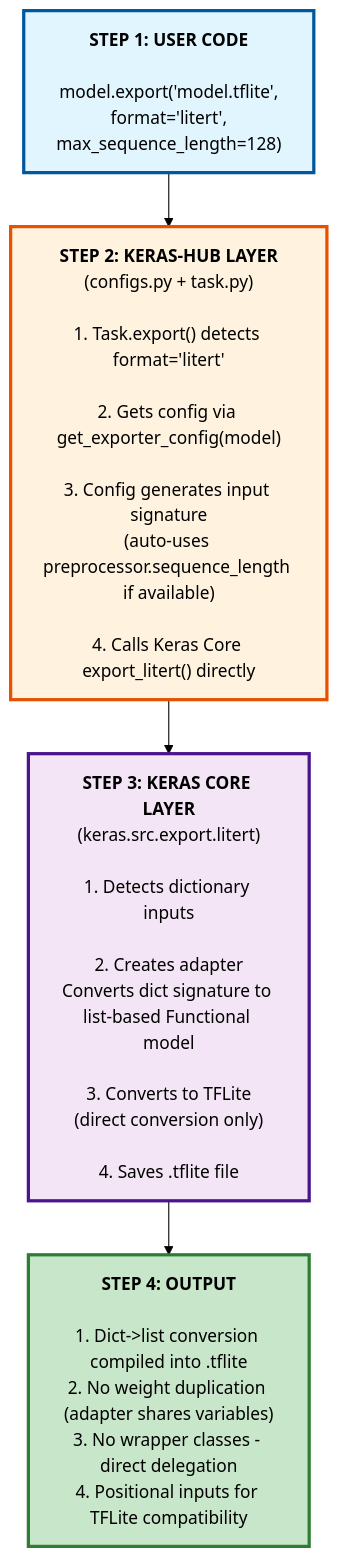
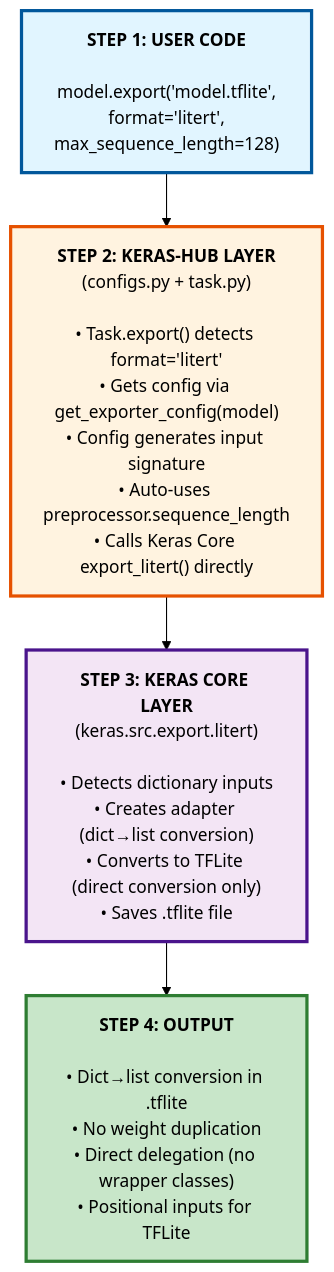
Before and after one commit to pctablet505/litert-export-docs: the sixth of 6 diagrams in LiteRT Export design doc reviewed.md, drawn with Mermaid (forest theme). The commit also changed other lines of this file, not shown here.

Commit message:
Update LiteRT Export design doc reviewed.md

````diff
--- a/LiteRT Export design doc reviewed.md
+++ b/LiteRT Export design doc reviewed.md
@@ -584,19 +584,19 @@
 ```mermaid
 flowchart TD
     Step1["<b>STEP 1: USER CODE</b><br/><br/>model.export('model.tflite',<br/>format='litert',<br/>max_sequence_length=128)"]
     
-    Step2["<b>STEP 2: KERAS-HUB LAYER</b><br/>(configs.py + task.py)<br/><br/>1. Task.export() detects format='litert'<br/><br/>2. Gets config via get_exporter_config(model)<br/><br/>3. Config generates input signature<br/>(auto-uses preprocessor.sequence_length if available)<br/><br/>4. Calls Keras Core export_litert() directly"]
+    Step2["<b>STEP 2: KERAS-HUB LAYER</b><br/>(configs.py + task.py)<br/><br/>• Task.export() detects format='litert'<br/>• Gets config via get_exporter_config(model)<br/>• Config generates input signature<br/>• Auto-uses preprocessor.sequence_length<br/>• Calls Keras Core export_litert() directly"]
     
-    Step3["<b>STEP 3: KERAS CORE LAYER</b><br/>(keras.src.export.litert)<br/><br/>1. Detects dictionary inputs<br/><br/>2. Creates adapter<br/>Converts dict signature to list-based Functional model<br/><br/>3. Converts to TFLite<br/>(direct conversion only)<br/><br/>4. Saves .tflite file"]
+    Step3["<b>STEP 3: KERAS CORE LAYER</b><br/>(keras.src.export.litert)<br/><br/>• Detects dictionary inputs<br/>• Creates adapter (dict→list conversion)<br/>• Converts to TFLite (direct conversion only)<br/>• Saves .tflite file"]
     
-    Step4["<b>STEP 4: OUTPUT</b><br/><br/>1. Dict->list conversion compiled into .tflite<br/>2. No weight duplication (adapter shares variables)<br/>3. No wrapper classes - direct delegation<br/>4. Positional inputs for TFLite compatibility"]
+    Step4["<b>STEP 4: OUTPUT</b><br/><br/>• Dict→list conversion in .tflite<br/>• No weight duplication<br/>• Direct delegation (no wrapper classes)<br/>• Positional inputs for TFLite"]
     
     Step1 --> Step2
     Step2 --> Step3
     Step3 --> Step4
     
     style Step1 fill:#e1f5ff,stroke:#01579b,stroke-width:3px
     style Step2 fill:#fff3e0,stroke:#e65100,stroke-width:3px
     style Step3 fill:#f3e5f5,stroke:#4a148c,stroke-width:3px
     style Step4 fill:#c8e6c9,stroke:#2e7d32,stroke-width:3px
 ```
````
